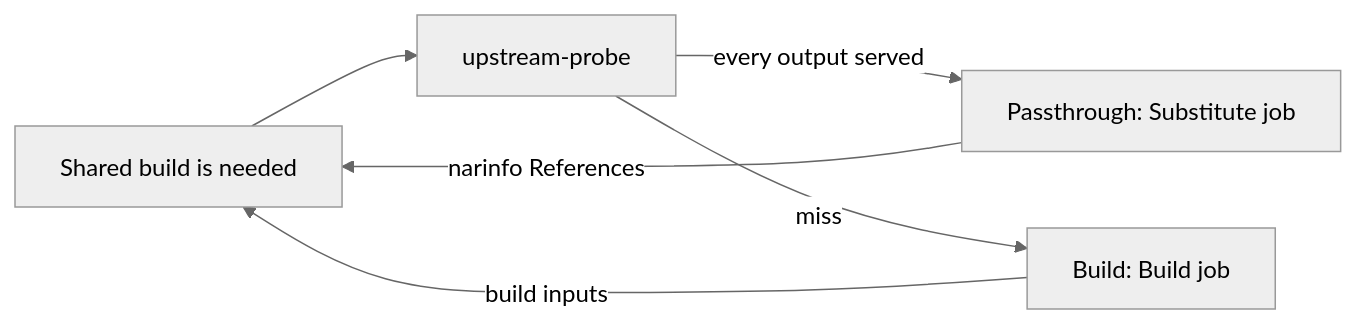
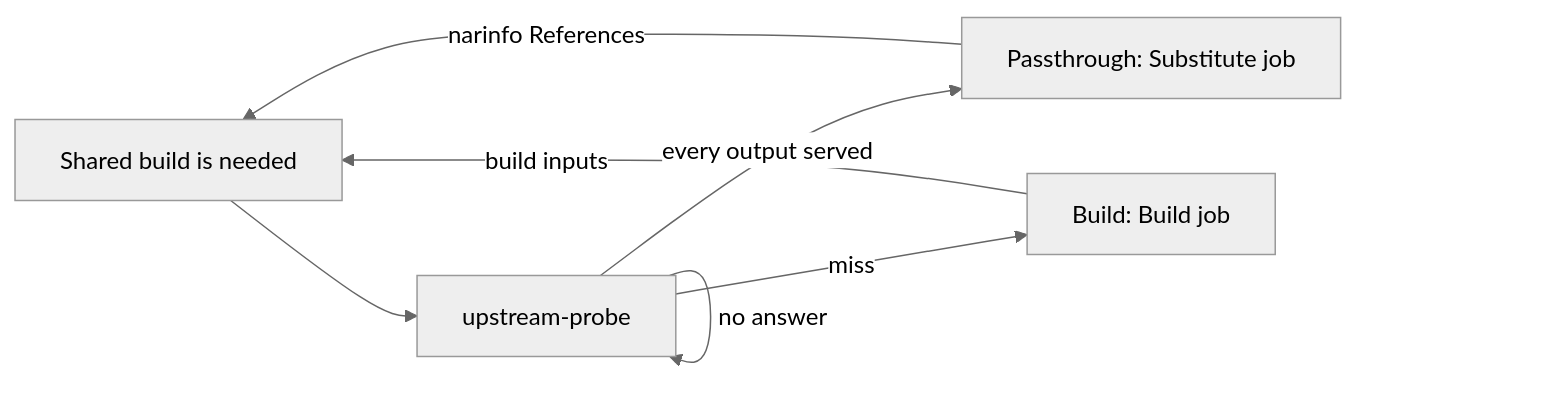
Before and after one commit to wavelens/gradient: the diagram in docs/src/contributors/scheduler/upstream-substitution.md, drawn with Mermaid (neutral theme). The commit also changed other lines of this file and 7 other files, not shown here.

````diff
--- a/docs/src/contributors/scheduler/upstream-substitution.md
+++ b/docs/src/contributors/scheduler/upstream-substitution.md
@@ -5,8 +5,9 @@
 ```mermaid
 flowchart LR
     D[Shared build is needed] --> P[upstream-probe]
     P -->|every output served| R[Passthrough: Substitute job]
     P -->|miss| B[Build: Build job]
+    P -->|no answer| P
     R -->|narinfo References| D
     B -->|build inputs| D
 ```
````
